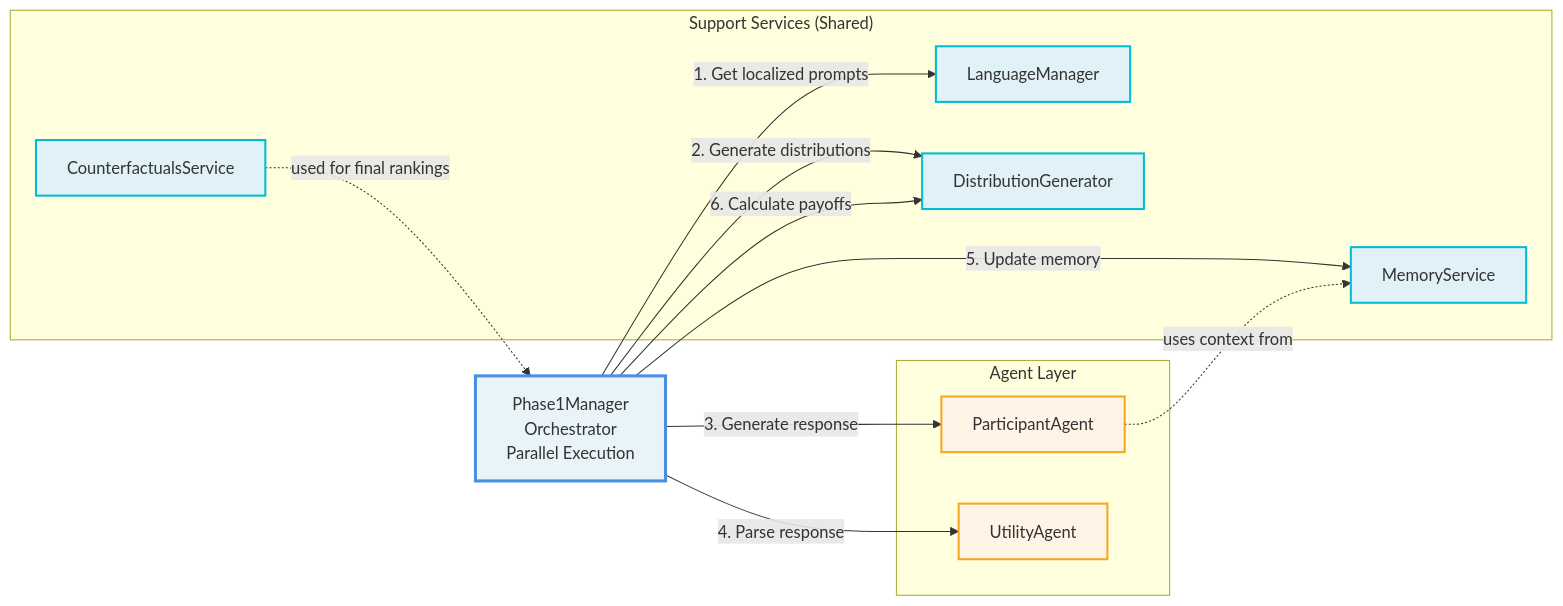
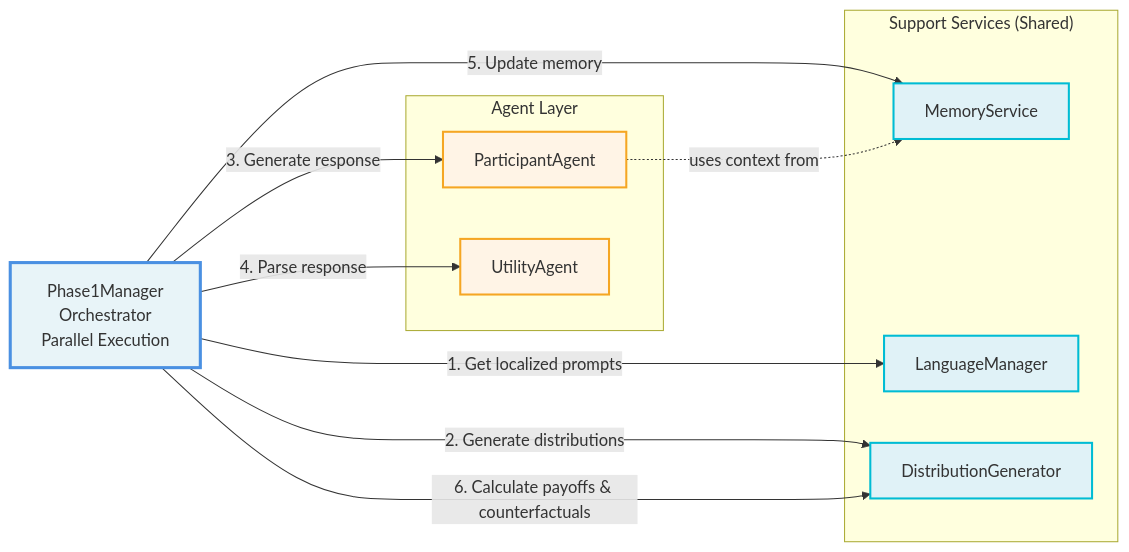
The second of 4 diagrams in TECHNICAL_ARCHITECTURE.md (Lucas-Mueller/Master-Thesis-Lucas-Mueller), drawn with Mermaid before and after one commit. The commit also changed other lines of this file, not shown here.

````diff
--- a/TECHNICAL_ARCHITECTURE.md
+++ b/TECHNICAL_ARCHITECTURE.md
@@ -174,35 +173,33 @@
 ```mermaid
 graph LR
     P1M[Phase1Manager<br/>Orchestrator<br/>Parallel Execution]
 
     subgraph "Agent Layer"
         PA[ParticipantAgent]
         UA[UtilityAgent]
     end
 
     subgraph "Support Services (Shared)"
         MS[MemoryService]
-        CS[CounterfactualsService]
         LM[LanguageManager]
         DG[DistributionGenerator]
     end
 
     P1M -->|1. Get localized prompts| LM
     P1M -->|2. Generate distributions| DG
     P1M -->|3. Generate response| PA
     P1M -->|4. Parse response| UA
     P1M -->|5. Update memory| MS
-    P1M -->|6. Calculate payoffs| DG
+    P1M -->|6. Calculate payoffs & counterfactuals| DG
 
     PA -.uses context from.-> MS
-    CS -.used for final rankings.-> P1M
 
     %% Styling
     classDef orchestratorStyle fill:#E8F4F8,stroke:#4A90E2,stroke-width:3px
     classDef agentStyle fill:#FFF4E6,stroke:#F5A623,stroke-width:2px
     classDef supportStyle fill:#E0F2F7,stroke:#00BCD4,stroke-width:2px
 
     class P1M orchestratorStyle
     class PA,UA agentStyle
-    class MS,CS,LM,DG supportStyle
+    class MS,LM,DG supportStyle
 ```
````
